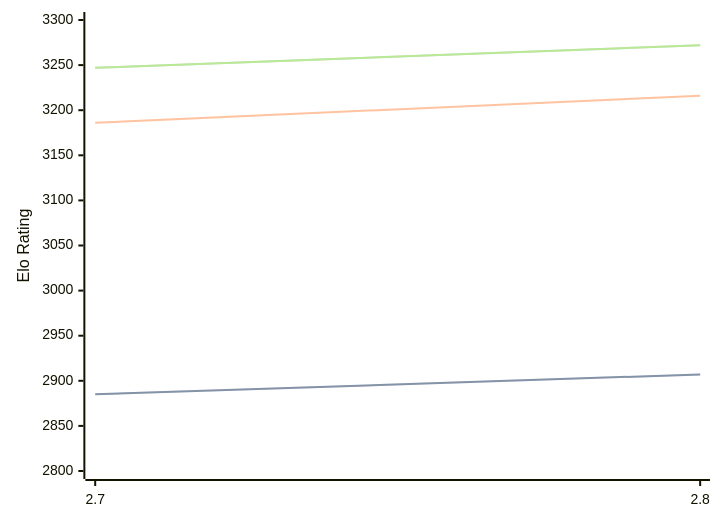
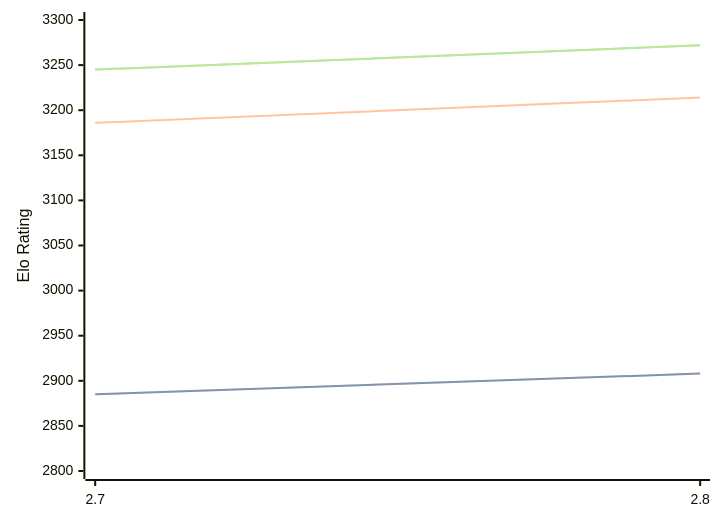
The first of 3 diagrams in engines/Arcanum.md (computer-chess-index/cci), drawn with Mermaid before and after one commit. The commit also changed other lines of this file, not shown here.

Commit message:
Update CCI Ratings (ELO VLTC) - 2026-06-20

````diff
--- a/engines/Arcanum.md
+++ b/engines/Arcanum.md
@@ -44,11 +44,11 @@
 ```mermaid
 %%{init: {"theme":"base","themeVariables":{"seriesColors:['#a3a3a3','#222221','#faa371']}}}%%
 xychart-beta
   x-axis ["2.7", "2.8"]
   y-axis "Elo Rating" 2800 --> 3300
-  line "STC (8.0+0.08s)" [2885, 2907]
-  line "STC (8.0+0.08s)" [2885, 2907]
-  line "LTC (60.0+0.60s)" [3186, 3216]
-  line "VLTC (2m24s+1.12s)" [3247, 3272]
-  line "VLTC (2m24s+1.12s)" [3247, 3272]
+  line "STC (8.0+0.08s)" [2885, 2908]
+  line "STC (8.0+0.08s)" [2885, 2908]
+  line "LTC (60.0+0.60s)" [3186, 3214]
+  line "VLTC (2m24s+1.12s)" [3245, 3272]
+  line "VLTC (2m24s+1.12s)" [3245, 3272]
 ```
````
